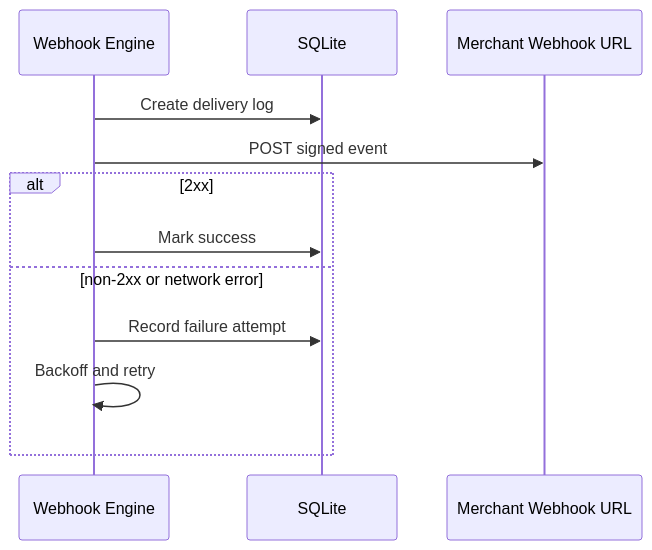
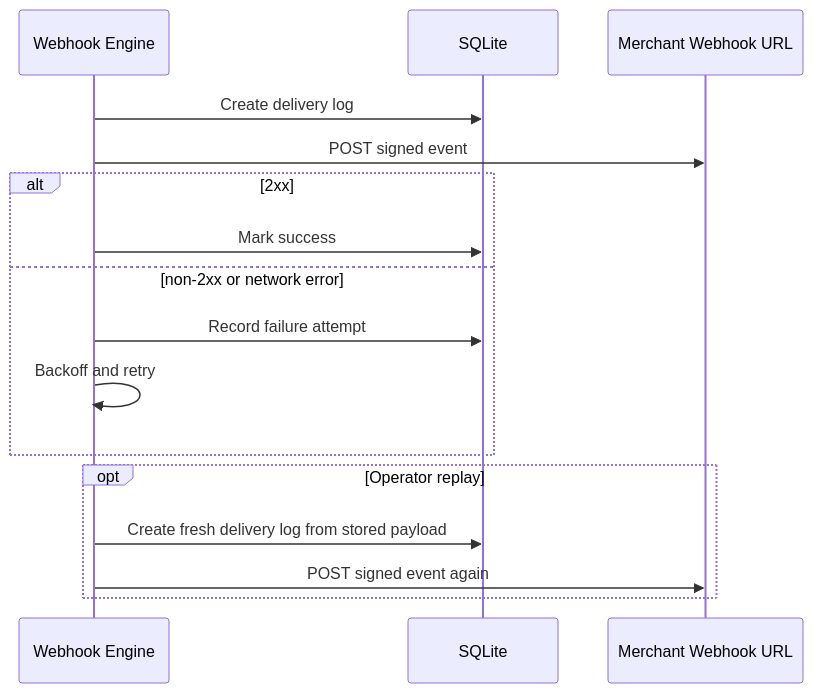
The fifth of 5 diagrams in docs/architecture.md (zynorr/fiber-merchant-kit), drawn with Mermaid before and after one commit. The commit also changed other lines of this file and 19 other files, not shown here.

Commit message:
Polish docs and add webhook delivery replay

````diff
--- a/docs/architecture.md
+++ b/docs/architecture.md
@@ -154,15 +154,19 @@
 ```mermaid
 sequenceDiagram
   participant Hook as Webhook Engine
   participant DB as SQLite
   participant Target as Merchant Webhook URL
 
   Hook->>DB: Create delivery log
   Hook->>Target: POST signed event
   alt 2xx
     Hook->>DB: Mark success
   else non-2xx or network error
     Hook->>DB: Record failure attempt
     Hook->>Hook: Backoff and retry
   end
+  opt Operator replay
+    Hook->>DB: Create fresh delivery log from stored payload
+    Hook->>Target: POST signed event again
+  end
 ```
````
